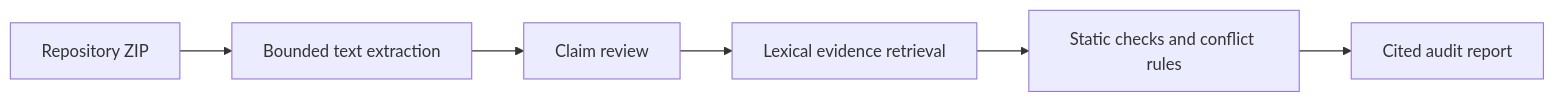
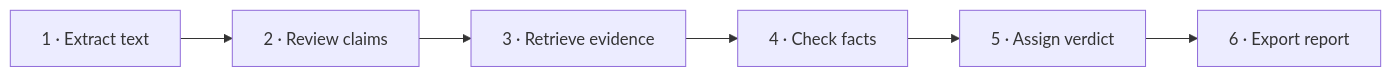
One commit to TJA0308/Repo-Witness changed the diagram in README.md. Above: the diagram before and after it, drawn with Mermaid. The commit also changed other lines of this file and 5 other files, not shown here.

````diff
--- a/README.md
+++ b/README.md
@@ -115,8 +80,8 @@
 ```mermaid
 flowchart LR
-    A[Repository ZIP] --> B[Bounded text extraction]
-    B --> C[Claim review]
-    C --> D[Lexical evidence retrieval]
-    D --> E[Static checks and conflict rules]
-    E --> F[Cited audit report]
+    A["1 · Extract text"] --> B["2 · Review claims"]
+    B --> C["3 · Retrieve evidence"]
+    C --> D["4 · Check facts"]
+    D --> E["5 · Assign verdict"]
+    E --> F["6 · Export report"]
 ```
````
